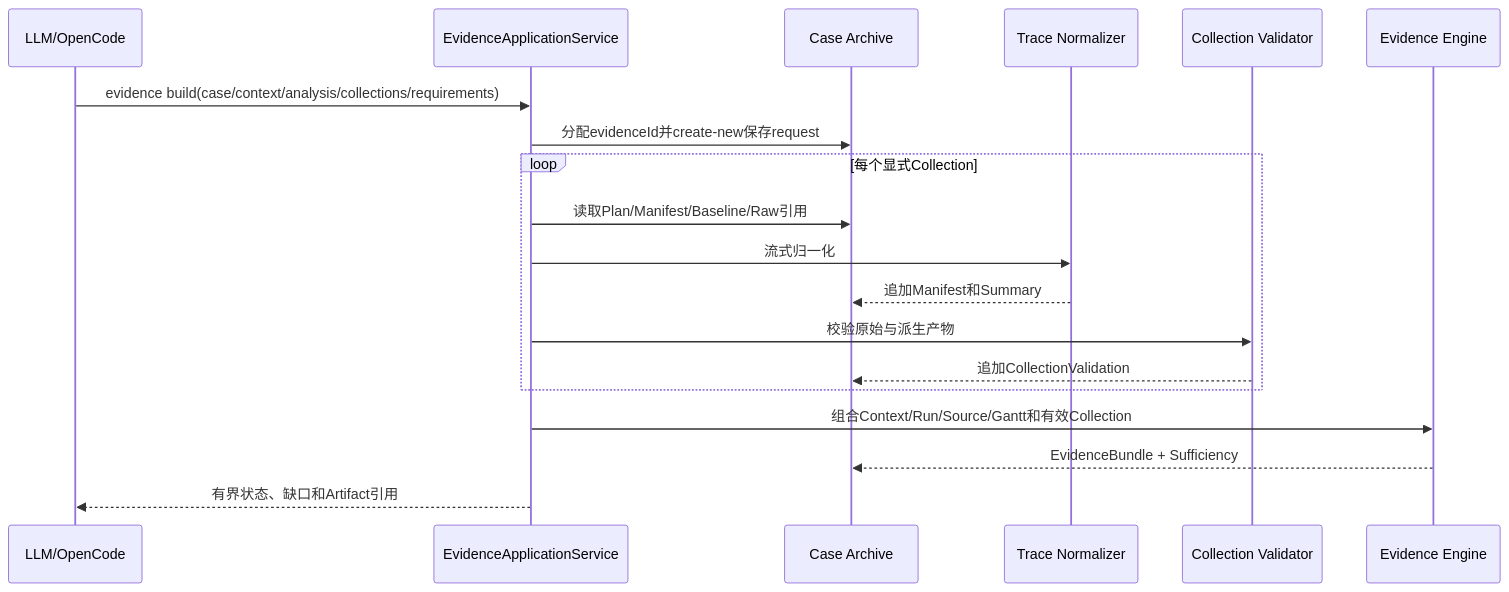
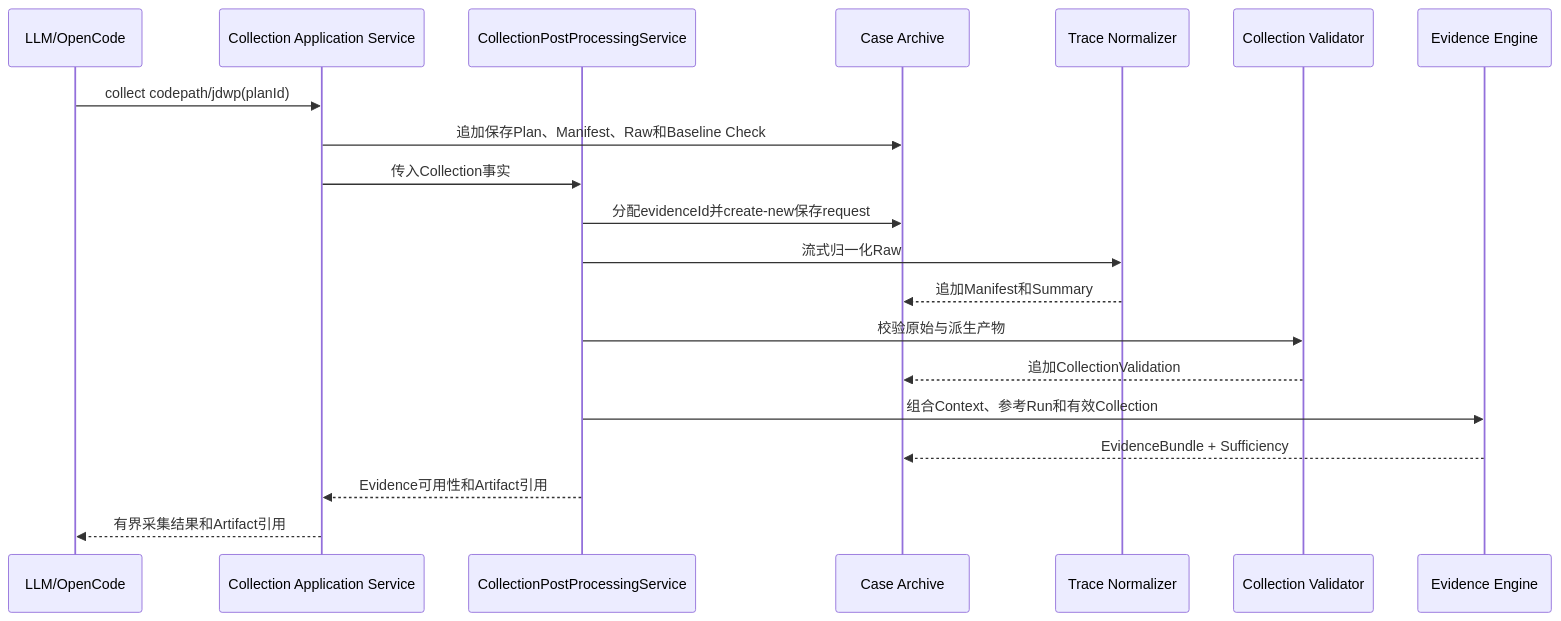
One commit to mh90901119-oss/algorithm-debug-agent changed the third of 3 diagrams in docs/designs/2026-08-18-p4-generic-runtime-evidence-design.md. Above: the diagram before and after it, drawn with Mermaid. The commit also changed other lines of this file and 12 other files, not shown here.

Commit message:
feat: derive evidence after dynamic collection

````diff
--- a/docs/designs/2026-08-18-p4-generic-runtime-evidence-design.md
+++ b/docs/designs/2026-08-18-p4-generic-runtime-evidence-design.md
@@ -285,21 +291,22 @@
 ```mermaid
 sequenceDiagram
     participant L as LLM/OpenCode
-    participant C as EvidenceApplicationService
+    participant C as Collection Application Service
+    participant P as CollectionPostProcessingService
     participant R as Case Archive
     participant N as Trace Normalizer
     participant V as Collection Validator
     participant E as Evidence Engine
-    L->>C: evidence build(case/context/analysis/collections/requirements)
-    C->>R: 分配evidenceId并create-new保存request
-    loop 每个显式Collection
-        C->>R: 读取Plan/Manifest/Baseline/Raw引用
-        C->>N: 流式归一化
-        N-->>R: 追加Manifest和Summary
-        C->>V: 校验原始与派生产物
-        V-->>R: 追加CollectionValidation
-    end
-    C->>E: 组合Context/Run/Source/Gantt和有效Collection
+    L->>C: collect codepath/jdwp(planId)
+    C->>R: 追加保存Plan、Manifest、Raw和Baseline Check
+    C->>P: 传入Collection事实
+    P->>R: 分配evidenceId并create-new保存request
+    P->>N: 流式归一化Raw
+    N-->>R: 追加Manifest和Summary
+    P->>V: 校验原始与派生产物
+    V-->>R: 追加CollectionValidation
+    P->>E: 组合Context、参考Run和有效Collection
     E-->>R: EvidenceBundle + Sufficiency
-    C-->>L: 有界状态、缺口和Artifact引用
+    P-->>C: Evidence可用性和Artifact引用
+    C-->>L: 有界采集结果和Artifact引用
 ```
````
